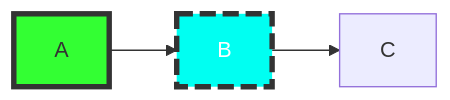
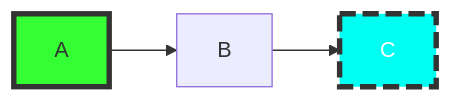
Before and after one commit to SergeevSergeiS/Wildberries: the diagram in README.md, drawn with Mermaid.

Commit message:
README.md created

````diff
--- a/README.md
+++ b/README.md
@@ -1,8 +1,8 @@
 ```mermaid
   flowchart LR
     classDef class1 fill:#3f3,stroke:#333,stroke-width:4px
     classDef class2 fill:#ff2400,stroke:#333,stroke-width:4px,color:#fff,stroke-dasharray: 12 5
     classDef class2 fill:#00fff2,stroke:#333,stroke-width:4px,color:#fff,stroke-dasharray: 12 5
     
-    A:::class1 --> B:::class2 --> C:::class3
+    A:::class1 --> B:::class3 --> C:::class2
 ```
````
